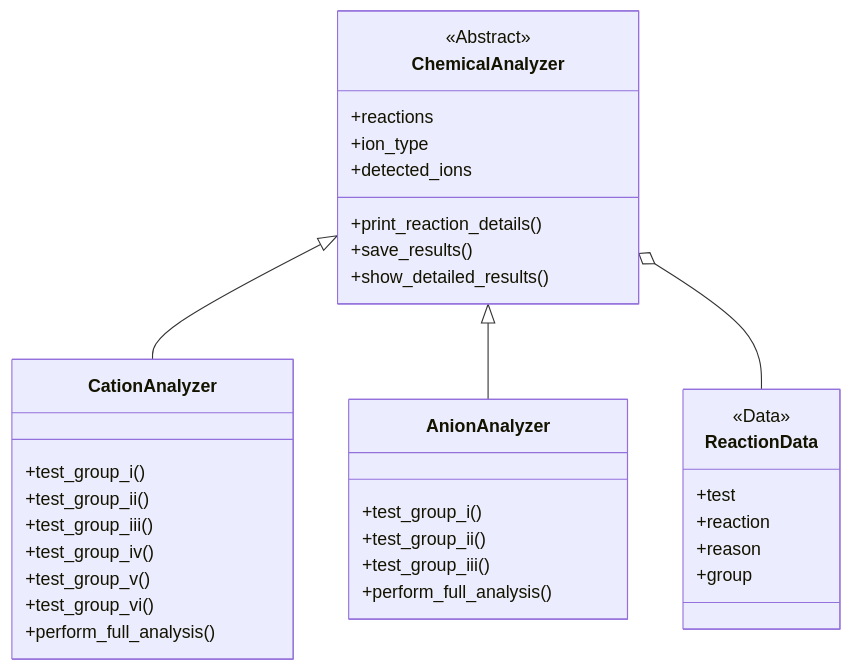
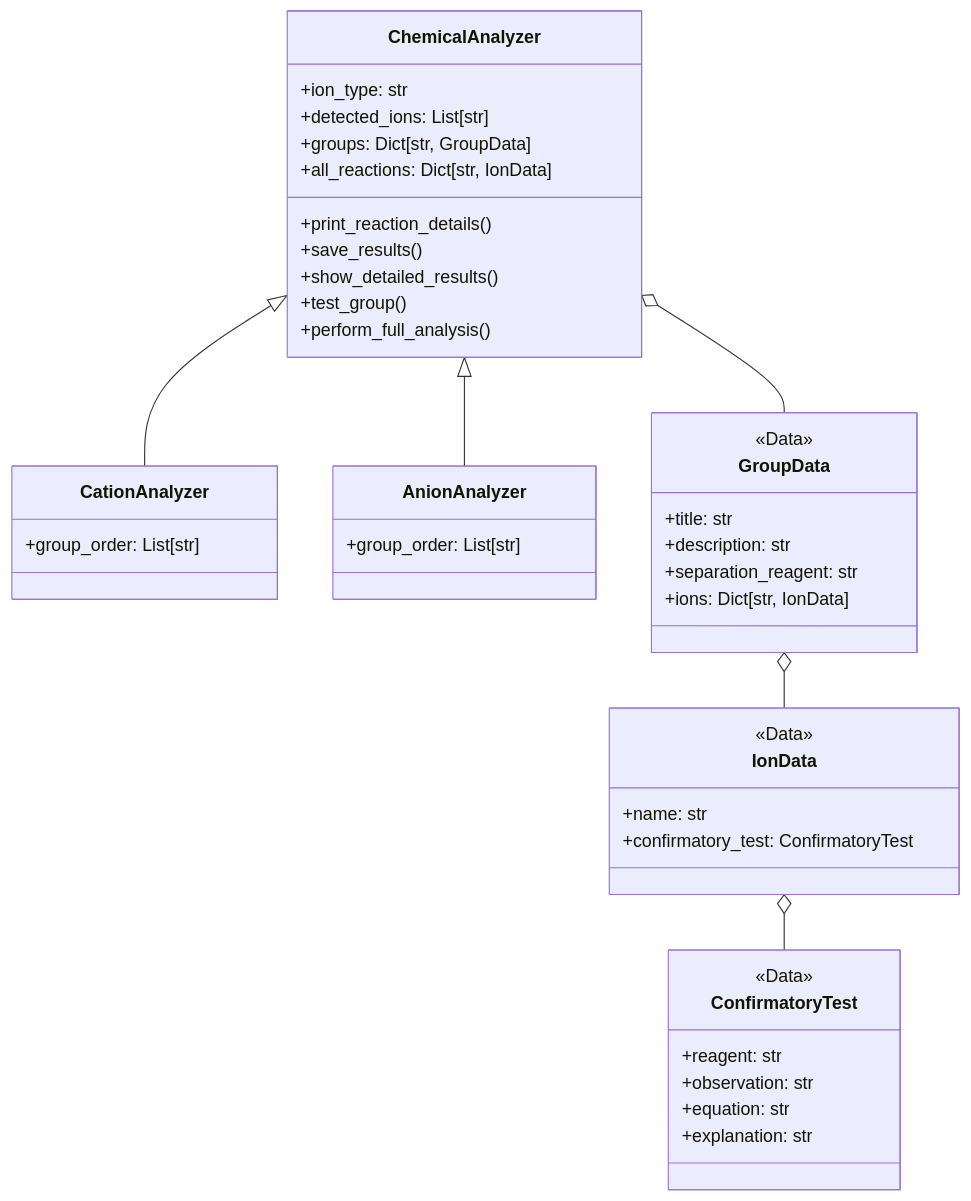
One commit to zainurrifaim/cation_and_anion_qualitative_analysis changed the diagram in README.md. Above: the diagram before and after it, drawn with Mermaid. The commit also changed other lines of this file and 8 other files, not shown here.

````diff
--- a/README.md
+++ b/README.md
@@ -7,41 +7,50 @@
 ```mermaid
 classDiagram
     class ChemicalAnalyzer {
-        <<Abstract>>
-        +reactions
-        +ion_type
-        +detected_ions
+        +ion_type: str
+        +detected_ions: List[str]
+        +groups: Dict[str, GroupData]
+        +all_reactions: Dict[str, IonData]
         +print_reaction_details()
         +save_results()
         +show_detailed_results()
+        +test_group()
+        +perform_full_analysis()
     }
 
     class CationAnalyzer {
-        +test_group_i()
-        +test_group_ii()
-        +test_group_iii()
-        +test_group_iv()
-        +test_group_v()
-        +test_group_vi()
-        +perform_full_analysis()
+        +group_order: List[str]
     }
 
     class AnionAnalyzer {
-        +test_group_i()
-        +test_group_ii()
-        +test_group_iii()
-        +perform_full_analysis()
+        +group_order: List[str]
     }
 
-    class ReactionData {
+    class GroupData {
         <<Data>>
-        +test
-        +reaction
-        +reason
-        +group
+        +title: str
+        +description: str
+        +separation_reagent: str
+        +ions: Dict[str, IonData]
+    }
+
+    class IonData {
+        <<Data>>
+        +name: str
+        +confirmatory_test: ConfirmatoryTest
+    }
+
+    class ConfirmatoryTest {
+        <<Data>>
+        +reagent: str
+        +observation: str
+        +equation: str
+        +explanation: str
     }
 
     ChemicalAnalyzer <|-- CationAnalyzer
     ChemicalAnalyzer <|-- AnionAnalyzer
-    ChemicalAnalyzer o-- ReactionData
+    ChemicalAnalyzer o-- GroupData
+    GroupData o-- IonData
+    IonData o-- ConfirmatoryTest
 ```
````
